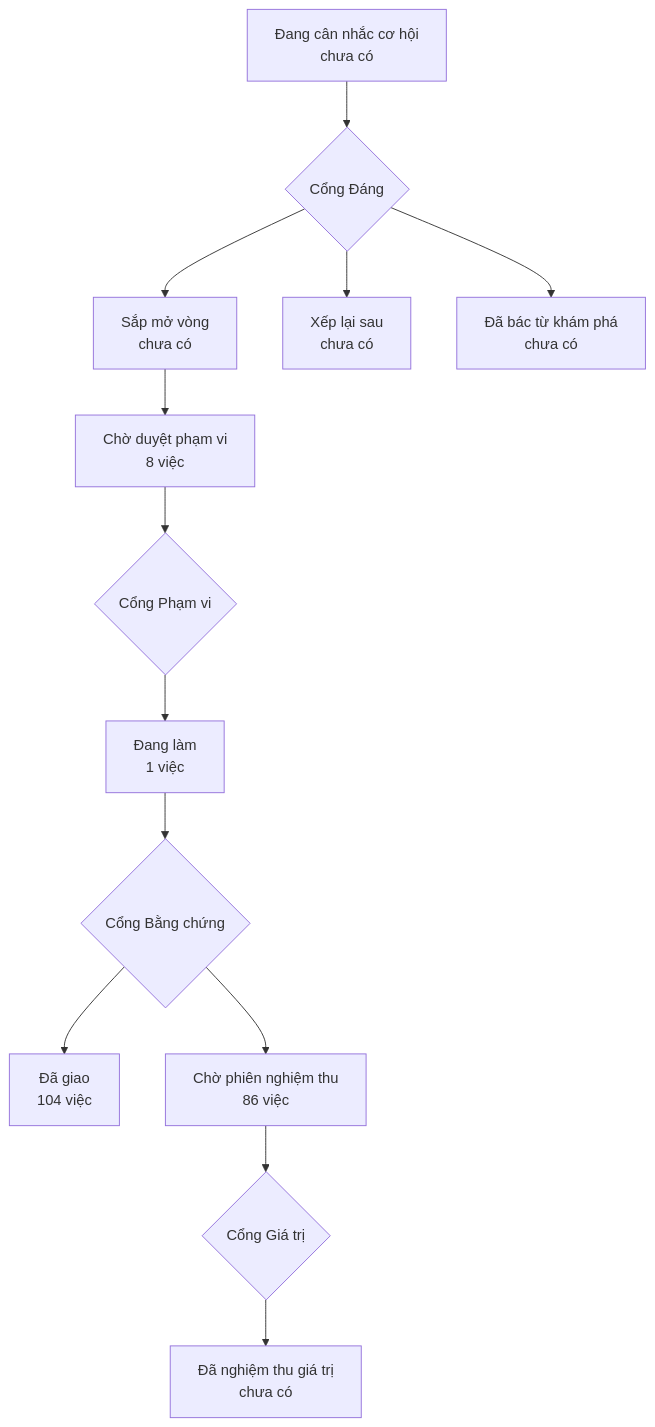
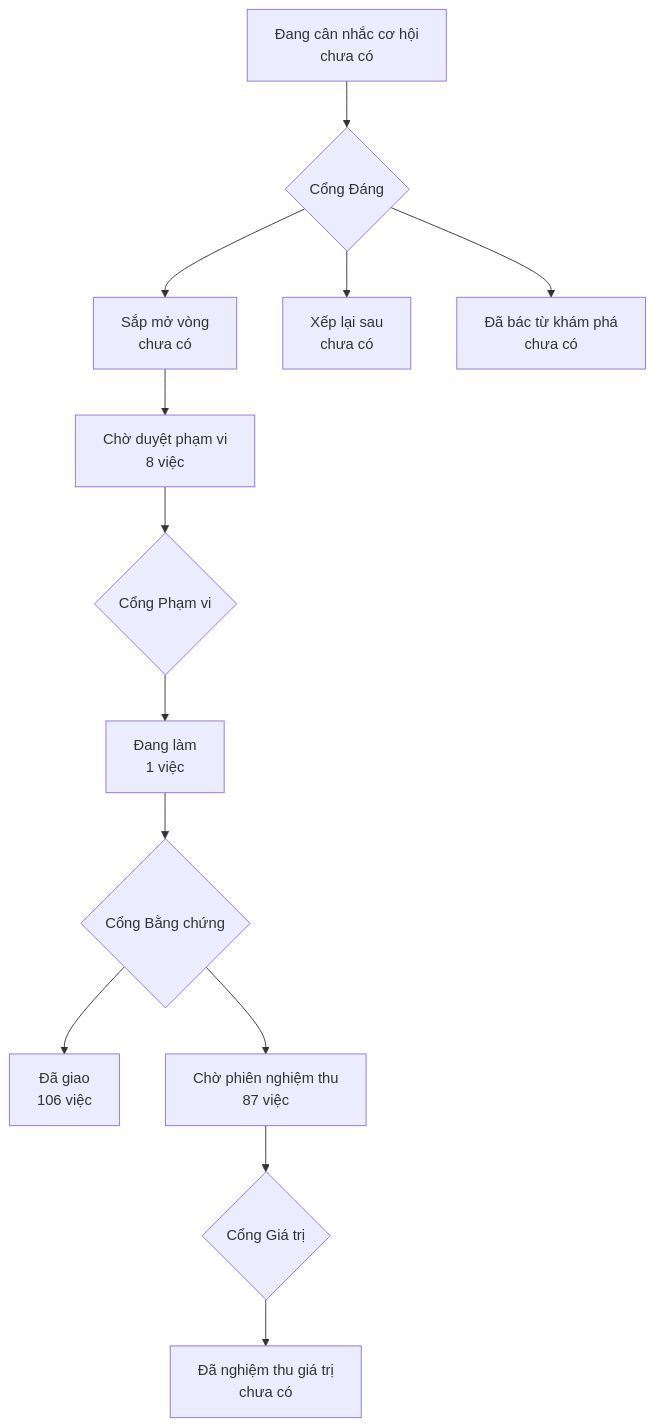
The diagram in PRODUCT-MAP.md (phanlemanh/onehub-invest), drawn with Mermaid before and after one commit. The commit also changed other lines of this file and 1 other file, not shown here.

Commit message:
chore(acceptance): vẽ lại bản đồ sau gộp main

````diff
--- a/PRODUCT-MAP.md
+++ b/PRODUCT-MAP.md
@@ -7,12 +7,12 @@
 ```mermaid
 flowchart TD
   A["Đang cân nhắc cơ hội<br/>chưa có"] --> GD{"Cổng Đáng"}
   GD --> B["Sắp mở vòng<br/>chưa có"]
   GD --> XL["Xếp lại sau<br/>chưa có"]
   GD --> DB["Đã bác từ khám phá<br/>chưa có"]
   B --> CD["Chờ duyệt phạm vi<br/>8 việc"] --> GP{"Cổng Phạm vi"}
   GP --> DL["Đang làm<br/>1 việc"] --> GB{"Cổng Bằng chứng"}
-  GB --> DG["Đã giao<br/>104 việc"]
-  GB --> CN["Chờ phiên nghiệm thu<br/>86 việc"] --> GG{"Cổng Giá trị"}
+  GB --> DG["Đã giao<br/>106 việc"]
+  GB --> CN["Chờ phiên nghiệm thu<br/>87 việc"] --> GG{"Cổng Giá trị"}
   GG --> NT["Đã nghiệm thu giá trị<br/>chưa có"]
 ```
````
